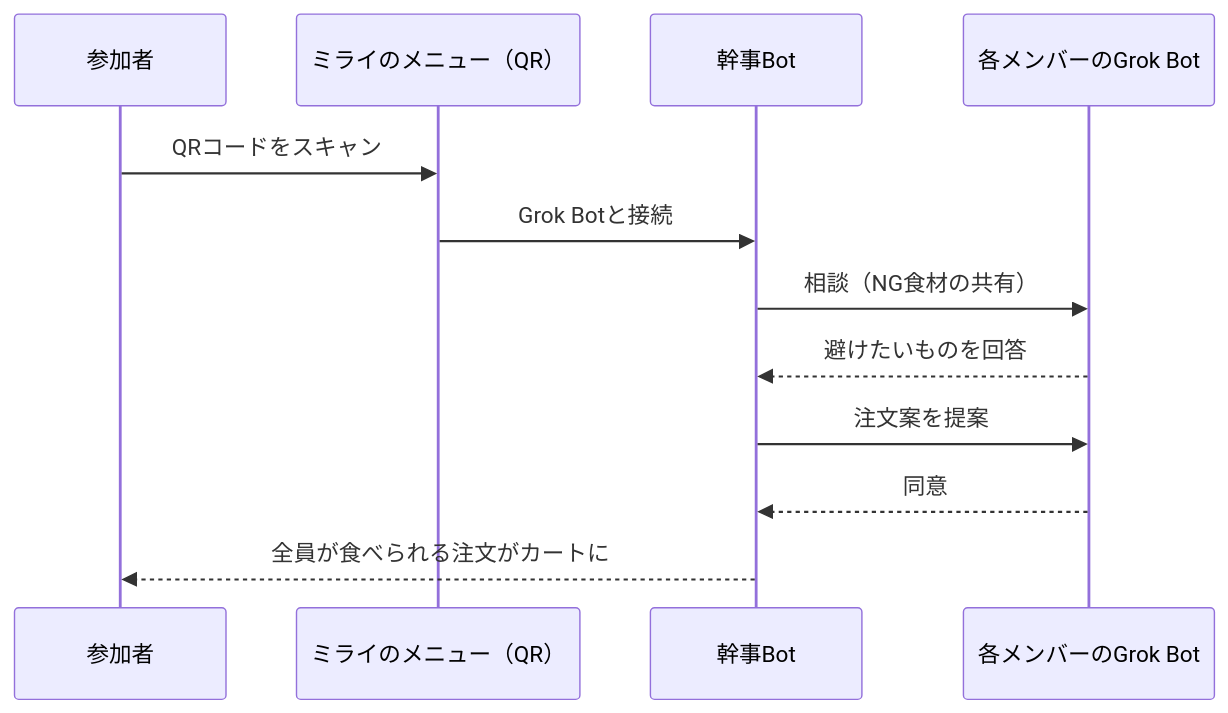
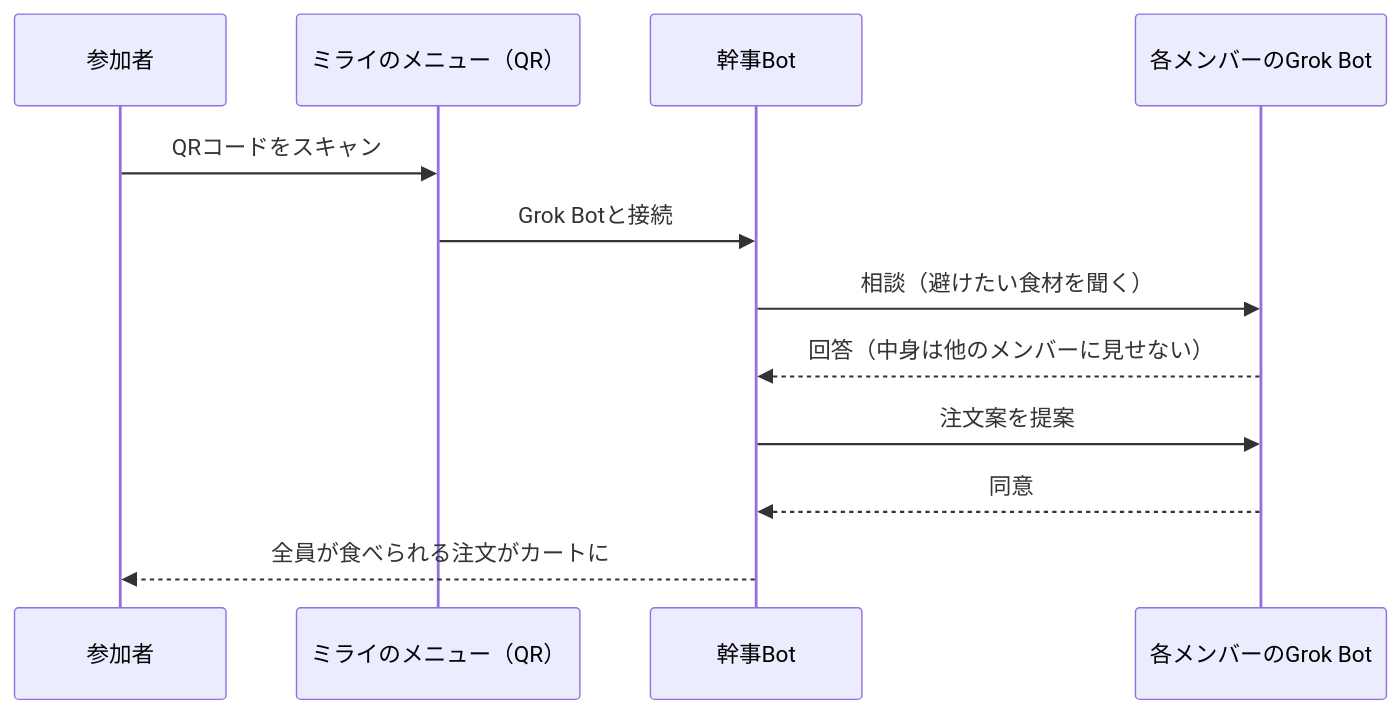
The diagram in README.md (naru-sensei/mirai-menu), drawn with Mermaid before and after one commit. The commit also changed other lines of this file, not shown here.

````diff
--- a/README.md
+++ b/README.md
@@ -33,14 +29,14 @@
 ```mermaid
 sequenceDiagram
     participant U as 参加者
     participant Q as ミライのメニュー（QR）
     participant H as 幹事Bot
     participant M as 各メンバーのGrok Bot
     U->>Q: QRコードをスキャン
     Q->>H: Grok Botと接続
-    H->>M: 相談（NG食材の共有）
-    M-->>H: 避けたいものを回答
+    H->>M: 相談（避けたい食材を聞く）
+    M-->>H: 回答（中身は他のメンバーに見せない）
     H->>M: 注文案を提案
     M-->>H: 同意
     H-->>U: 全員が食べられる注文がカートに
 ```
````
